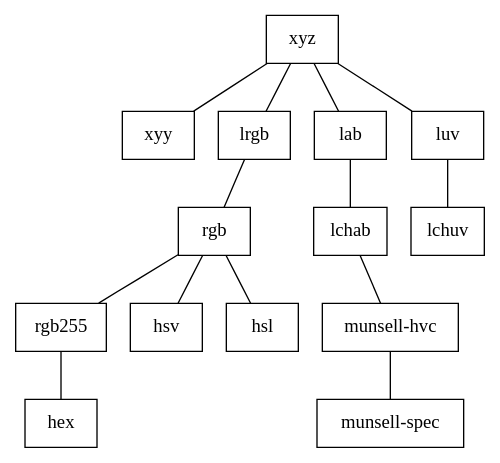
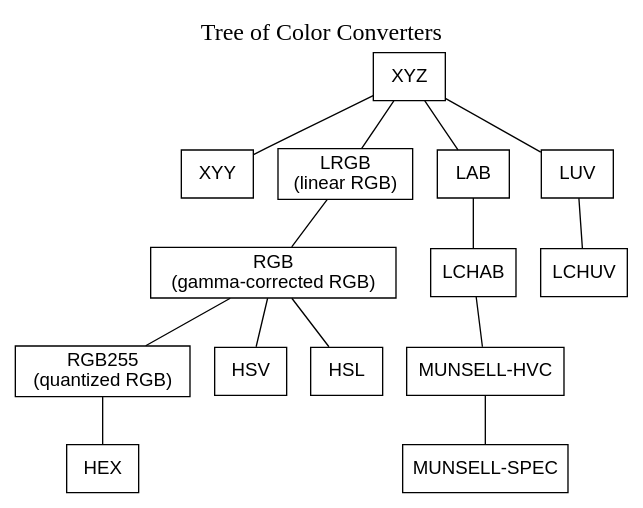
One commit to privet-kitty/dufy changed the diagram in graph.dot. Above: the diagram before and after it, drawn with Graphviz. The commit also changed 4 other files, not shown here.

```diff
--- a/graph.dot
+++ b/graph.dot
@@ -1,18 +1,23 @@
-graph g {
-  node [shape = "box"]
-  "xyz" -- "xyy"
-  "xyz" -- "lrgb"
-  "lrgb" -- "rgb"
-  "rgb" -- "rgb255"
-  "rgb255" -- "hex"
+graph  {
+  graph [
+    labelloc = "t",
+    label = "Tree of Color Converters",
+    fontsize = 18
+  ];
+  node [shape = "box", fontname = "helvetica"]
+  "XYZ" -- "XYY"
+  "XYZ" -- "LRGB\n(linear RGB)"
+  "LRGB\n(linear RGB)" -- "RGB\n(gamma-corrected RGB)"
+  "RGB\n(gamma-corrected RGB)" -- "RGB255\n(quantized RGB)"
+  "RGB255\n(quantized RGB)" -- "HEX"
   
-  "xyz" -- "lab"
-  "lab" -- "lchab"
-  "xyz" -- "luv"
-  "luv" -- "lchuv"
-  "rgb" -- "hsv"
-  "rgb" -- "hsl"
+  "XYZ" -- "LAB"
+  "LAB" -- "LCHAB"
+  "XYZ" -- "LUV"
+  "LUV" -- "LCHUV"
+  "RGB\n(gamma-corrected RGB)" -- "HSV"
+  "RGB\n(gamma-corrected RGB)" -- "HSL"
 
-  "lchab" -- "munsell-hvc"
-  "munsell-hvc" -- "munsell-spec"
+  "LCHAB" -- "MUNSELL-HVC"
+  "MUNSELL-HVC" -- "MUNSELL-SPEC"
 }
```
